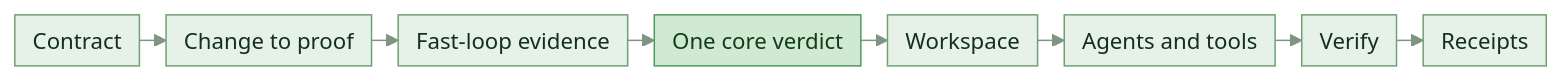
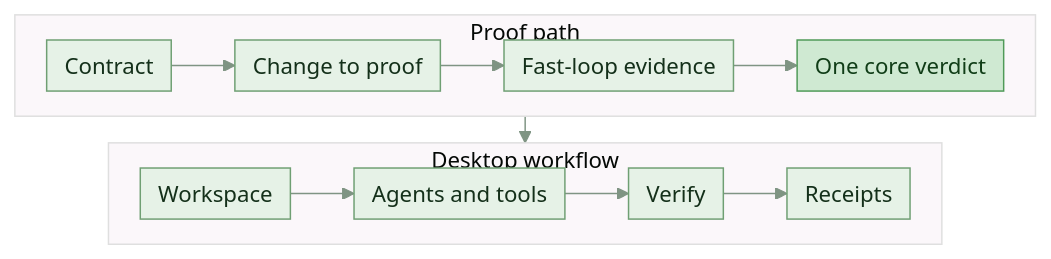
Before and after one commit to HLIntel/Headron: the diagram in README.md, drawn with Mermaid. The commit also changed other lines of this file and 1 other file, not shown here.

Commit message:
docs: proof flow as two rows, the proof path above the Desktop workflow
The single eight-node row was too wide for GitHub's narrow renderer, and the generator's own
docstring already promised two rows. Shorter accessibility text and a wording trim keep the
entry path under its 19200 B budget.

````diff
--- a/README.md
+++ b/README.md
@@ -69,22 +69,30 @@
 ```mermaid
 ---
 config:
   theme: base
   themeVariables:
     primaryColor: "#e6f2e7"
     primaryBorderColor: "#6f9f73"
     primaryTextColor: "#14301a"
     lineColor: "#7f9483"
     fontSize: "15px"
   flowchart:
     padding: 6
     nodeSpacing: 14
     rankSpacing: 18
 ---
-flowchart LR
+flowchart TB
   accTitle: How Thea is built
-  accDescr: a contract maps a change to proof obligations, selects fast-loop evidence, and records a verdict; Thea Desktop presents the workspace, agent controls, verification, and history as one workflow
-  R[Contract] --> O[Change to proof] --> I[Fast-loop evidence] --> C[One core verdict] --> D[Workspace] --> A[Agents and tools] --> V[Verify] --> H[Receipts]
+  accDescr: a contract maps change to proof; one core records the verdict; Desktop shows the workflow
+  subgraph P[Proof path]
+    direction LR
+    R[Contract] --> O[Change to proof] --> I[Fast-loop evidence] --> C[One core verdict]
+  end
+  subgraph W[Desktop workflow]
+    direction LR
+    D[Workspace] --> A[Agents and tools] --> V[Verify] --> H[Receipts]
+  end
+  C --> D
   classDef core fill:#cfe9d2,stroke:#4f9a58,color:#103d17
   class C core
 ```
````
